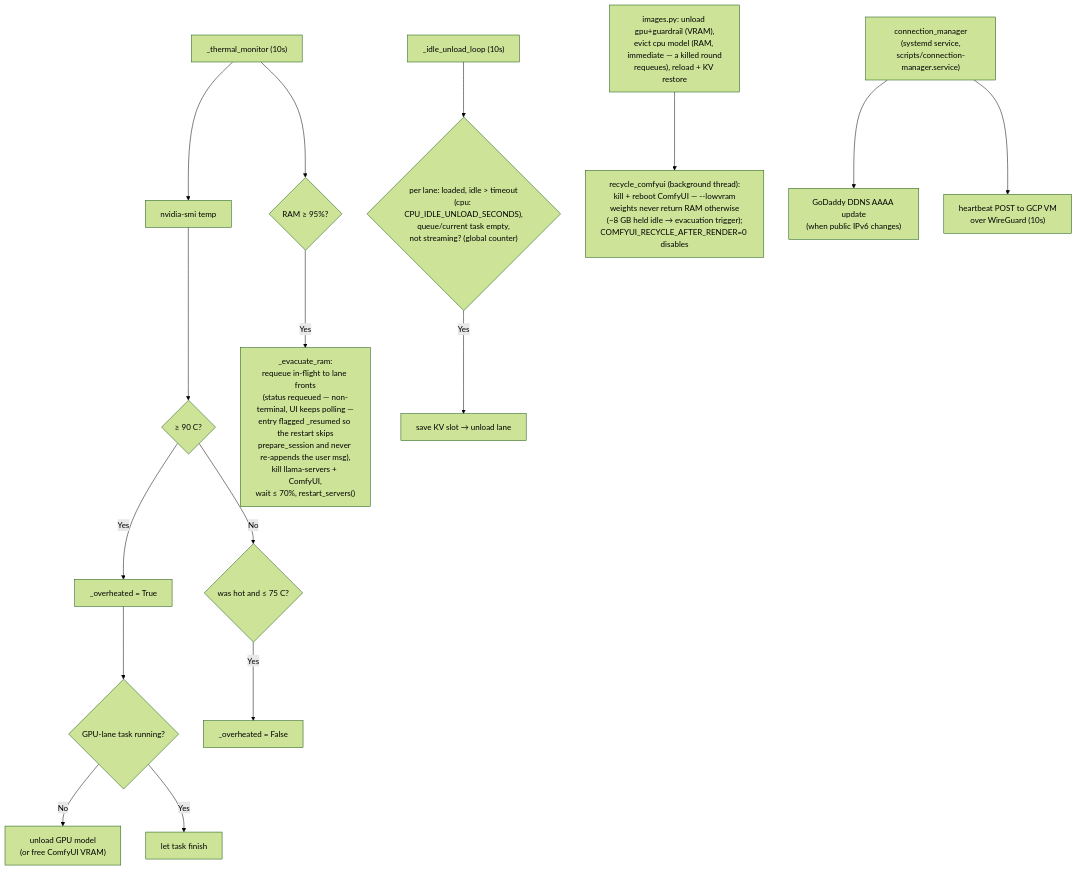
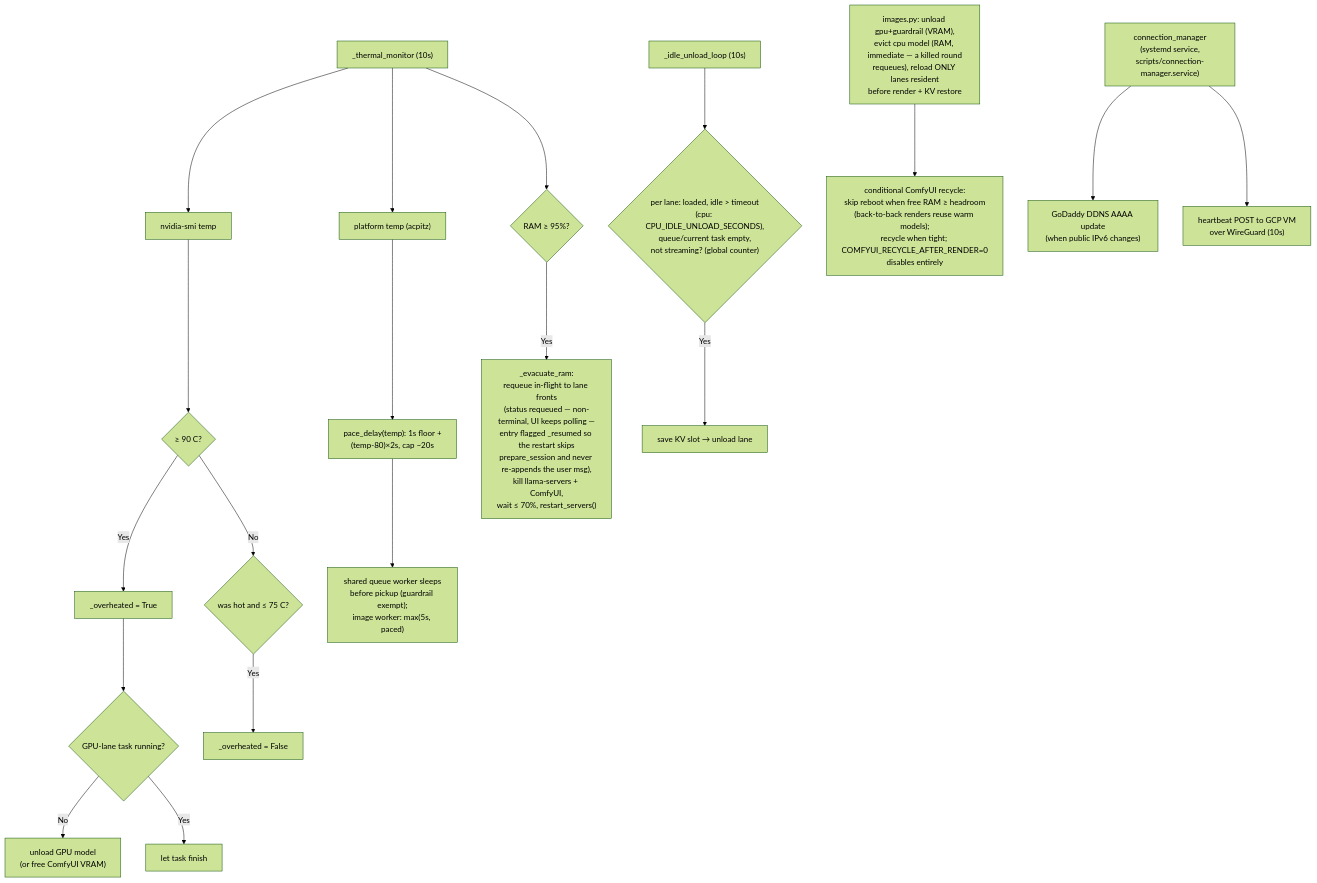
Before and after one commit to Palash90/local-ai: diagram 12 of 13 in ARCHITECTURE.md, drawn with Mermaid (forest theme). The commit also changed other lines of this file and 5 other files, not shown here.

````diff
--- a/ARCHITECTURE.md
+++ b/ARCHITECTURE.md
@@ -572,18 +578,21 @@
 ```mermaid
 graph TD
     TM["_thermal_monitor (10s)"] --> Temp["nvidia-smi temp"]
     Temp --> Hot{"≥ 90 C?"}
     Hot -- Yes --> OH["_overheated = True"]
     OH --> Run{"GPU-lane task running?"}
     Run -- No --> Unload["unload GPU model\n(or free ComfyUI VRAM)"]
     Run -- Yes --> LetFinish["let task finish"]
     Hot -- No --> Cool{"was hot and ≤ 75 C?"}
     Cool -- Yes --> Clear["_overheated = False"]
+    TM --> PT["platform temp (acpitz)"]
+    PT --> Pace["pace_delay(temp): 1s floor +\n(temp-80)×2s, cap ~20s"]
+    Pace --> PQ["shared queue worker sleeps\nbefore pickup (guardrail exempt);\nimage worker: max(5s, paced)"]
     TM --> RAM{"RAM ≥ 95%?"}
     RAM -- Yes --> Evac["_evacuate_ram:\nrequeue in-flight to lane fronts\n(status requeued — non-terminal, UI keeps polling —\nentry flagged _resumed so the restart skips\nprepare_session and never re-appends the user msg),\nkill llama-servers + ComfyUI,\nwait ≤ 70%, restart_servers()"]
     IDLE["_idle_unload_loop (10s)"] --> ICheck{"per lane: loaded, idle > timeout\n(cpu: CPU_IDLE_UNLOAD_SECONDS),\nqueue/current task empty,\nnot streaming? (global counter)"}
     ICheck -- Yes --> ISave["save KV slot → unload lane"]
-    IMG["images.py: unload gpu+guardrail (VRAM),\nevict cpu model (RAM, immediate — a killed round\nrequeues), reload + KV restore"] --> REC["recycle_comfyui (background thread):\nkill + reboot ComfyUI — --lowvram\nweights never return RAM otherwise\n(~8 GB held idle → evacuation trigger);\nCOMFYUI_RECYCLE_AFTER_RENDER=0 disables"]
+    IMG["images.py: unload gpu+guardrail (VRAM),\nevict cpu model (RAM, immediate — a killed round\nrequeues), reload ONLY lanes resident\nbefore render + KV restore"] --> REC["conditional ComfyUI recycle:\nskip reboot when free RAM ≥ headroom\n(back-to-back renders reuse warm models);\nrecycle when tight; COMFYUI_RECYCLE_AFTER_RENDER=0\ndisables entirely"]
     CM["connection_manager\n(systemd service,\nscripts/connection-manager.service)"] --> DNS["GoDaddy DDNS AAAA update\n(when public IPv6 changes)"]
     CM --> HB["heartbeat POST to GCP VM\nover WireGuard (10s)"]
 ```
````
